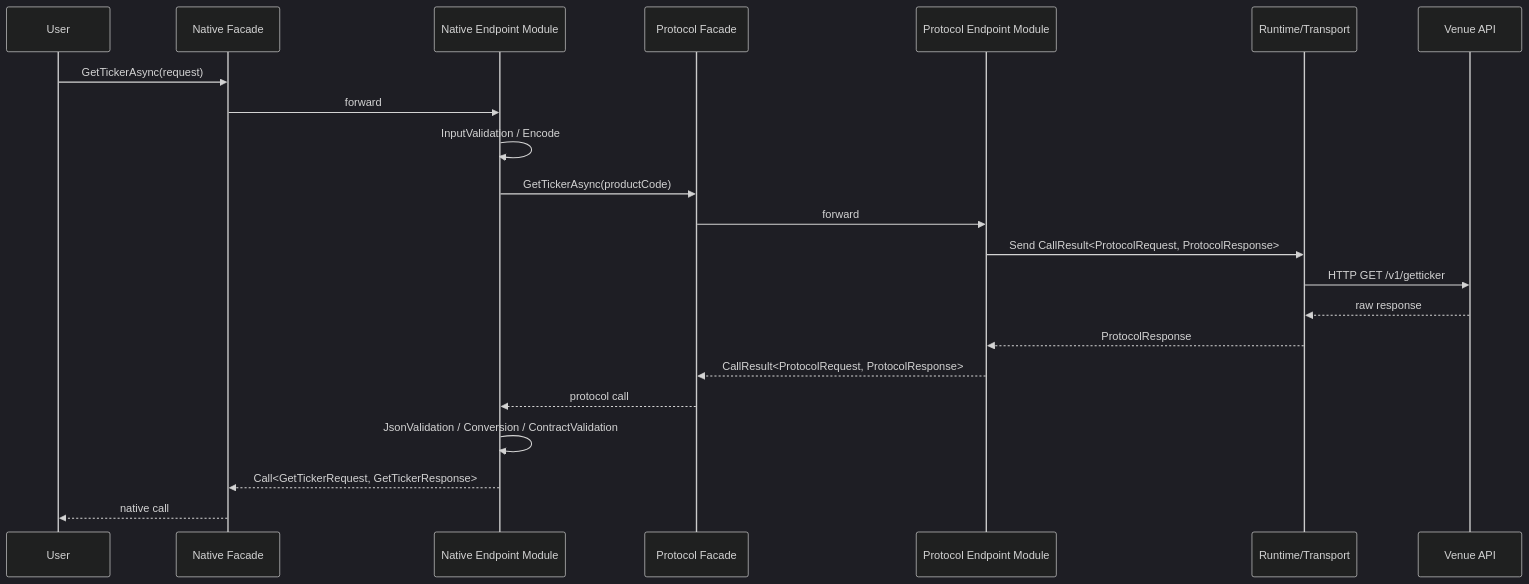
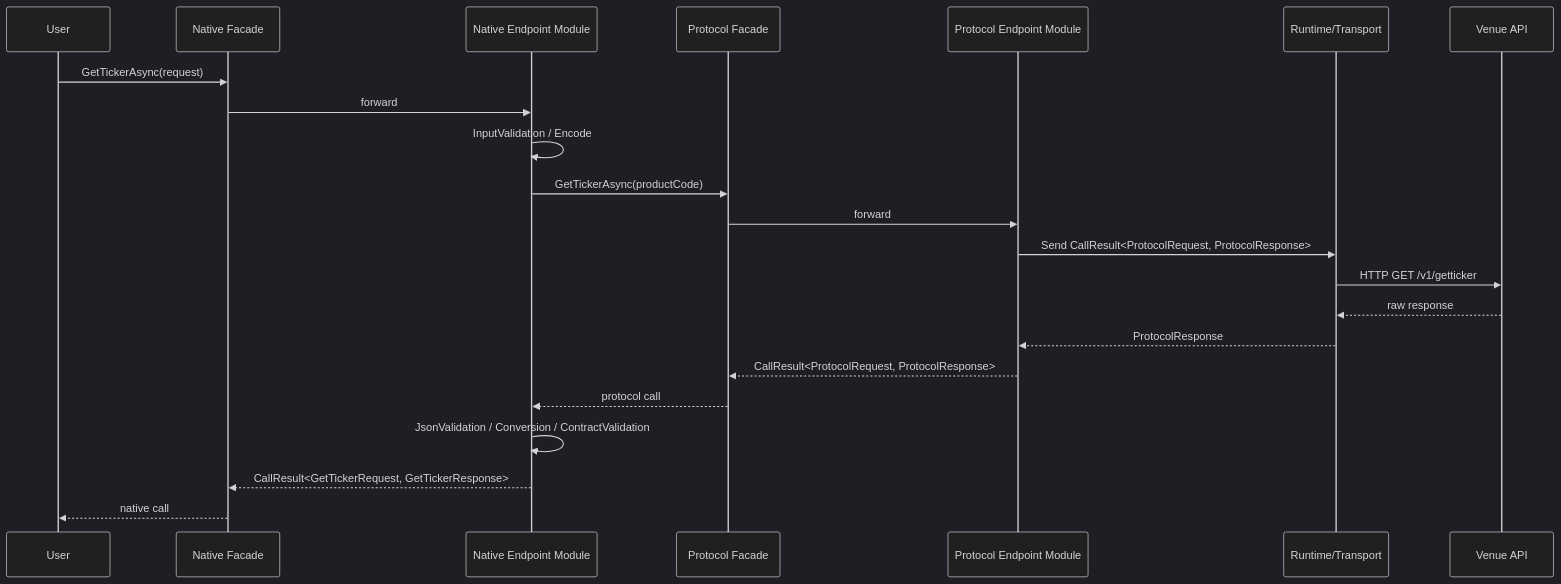
The third of 3 diagrams in docs/spec.md (tkoba0410/ExchangeAPI), drawn with Mermaid (dark theme) before and after one commit. The commit also changed 7 other files, not shown here.

````diff
--- a/docs/spec.md
+++ b/docs/spec.md
@@ -118,25 +118,25 @@
 ```mermaid
 sequenceDiagram
     participant User as User
     participant NF as Native Facade
     participant NM as Native Endpoint Module
     participant PF as Protocol Facade
     participant PM as Protocol Endpoint Module
     participant RT as Runtime/Transport
     participant BF as Venue API
 
     User->>NF: GetTickerAsync(request)
     NF->>NM: forward
     NM->>NM: InputValidation / Encode
     NM->>PF: GetTickerAsync(productCode)
     PF->>PM: forward
     PM->>RT: Send CallResult<ProtocolRequest, ProtocolResponse>
     RT->>BF: HTTP GET /v1/getticker
     BF-->>RT: raw response
     RT-->>PM: ProtocolResponse
     PM-->>PF: CallResult<ProtocolRequest, ProtocolResponse>
     PF-->>NM: protocol call
     NM->>NM: JsonValidation / Conversion / ContractValidation
-    NM-->>NF: Call<GetTickerRequest, GetTickerResponse>
+    NM-->>NF: CallResult<GetTickerRequest, GetTickerResponse>
     NF-->>User: native call
 ```
````
